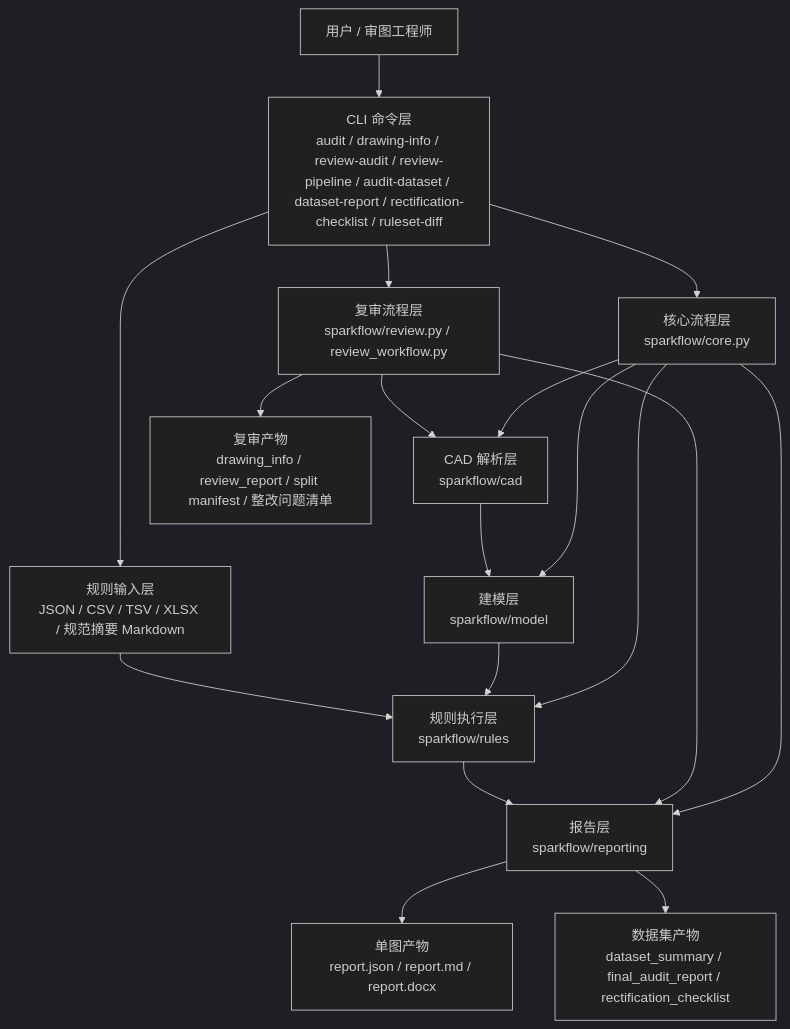
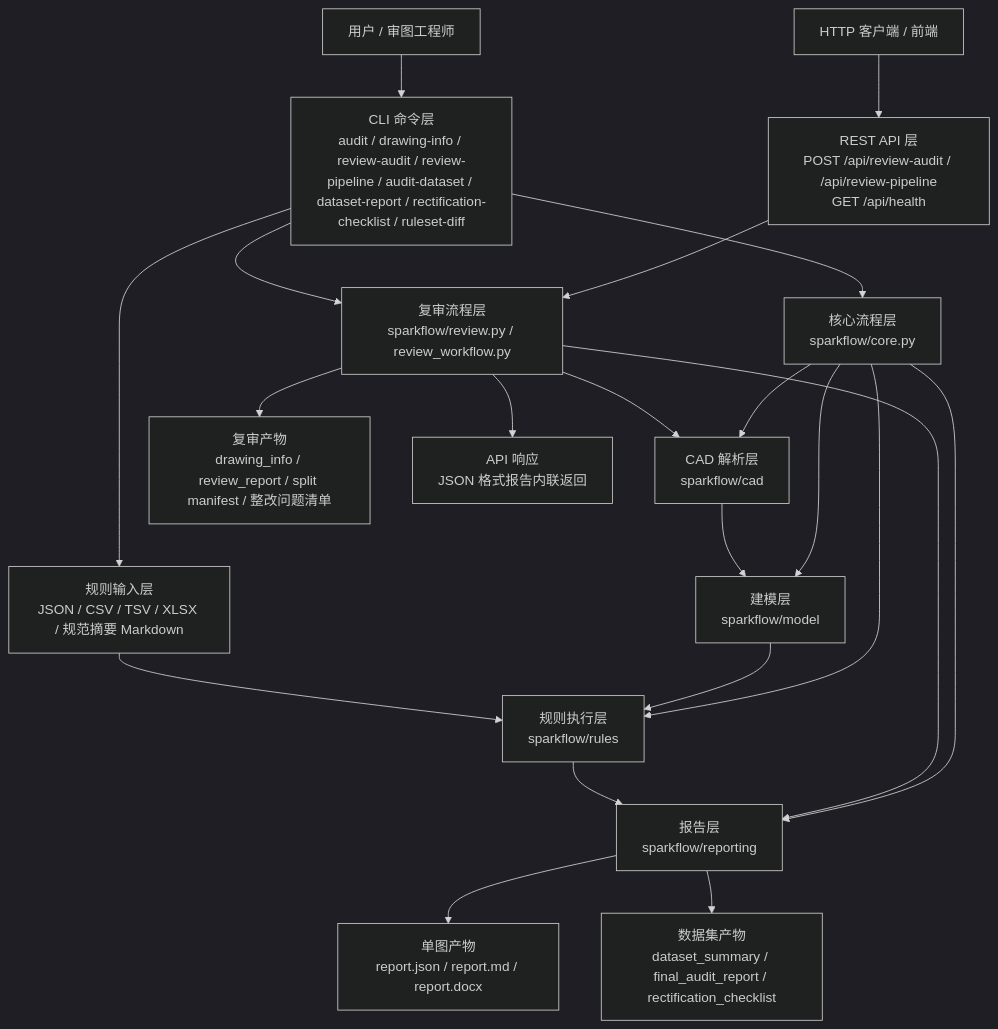
One commit to live-in-the-moment/SparkFlow changed the second of 4 diagrams in readme.md. Above: the diagram before and after it, drawn with Mermaid (dark theme). The commit also changed other lines of this file and 6 other files, not shown here.

````diff
--- a/readme.md
+++ b/readme.md
@@ -66,23 +66,26 @@
 ```mermaid
 flowchart TB
-  U["用户 / 审图工程师"] --> CLI["CLI 命令层<br/>audit / drawing-info / review-audit / review-pipeline / audit-dataset / dataset-report / rectification-checklist / ruleset-diff"]
+  U1["用户 / 审图工程师"] --> CLI["CLI 命令层<br/>audit / drawing-info / review-audit / review-pipeline / audit-dataset / dataset-report / rectification-checklist / ruleset-diff"]
+  U2["HTTP 客户端 / 前端"] --> API["REST API 层<br/>POST /api/review-audit / /api/review-pipeline<br/>GET /api/health"]
   CLI --> CORE["核心流程层<br/>sparkflow/core.py"]
-  CLI --> REVIEW["复审流程层<br/>sparkflow/review.py / review_workflow.py"]
+  API --> REVIEW["复审流程层<br/>sparkflow/review.py / review_workflow.py"]
+  CLI --> REVIEW
   CLI --> RULESET["规则输入层<br/>JSON / CSV / TSV / XLSX / 规范摘要 Markdown"]
 
   CORE --> CAD["CAD 解析层<br/>sparkflow/cad"]
   CORE --> MODEL["建模层<br/>sparkflow/model"]
   CORE --> RULES["规则执行层<br/>sparkflow/rules"]
   CORE --> REPORT["报告层<br/>sparkflow/reporting"]
   REVIEW --> CAD
   REVIEW --> REPORT
 
   CAD --> MODEL
   MODEL --> RULES
   RULESET --> RULES
   RULES --> REPORT
 
   REPORT --> OUT1["单图产物<br/>report.json / report.md / report.docx"]
   REPORT --> OUT2["数据集产物<br/>dataset_summary / final_audit_report / rectification_checklist"]
   REVIEW --> OUT3["复审产物<br/>drawing_info / review_report / split manifest / 整改问题清单"]
+  REVIEW --> OUT4["API 响应<br/>JSON 格式报告内联返回"]
 ```
````
